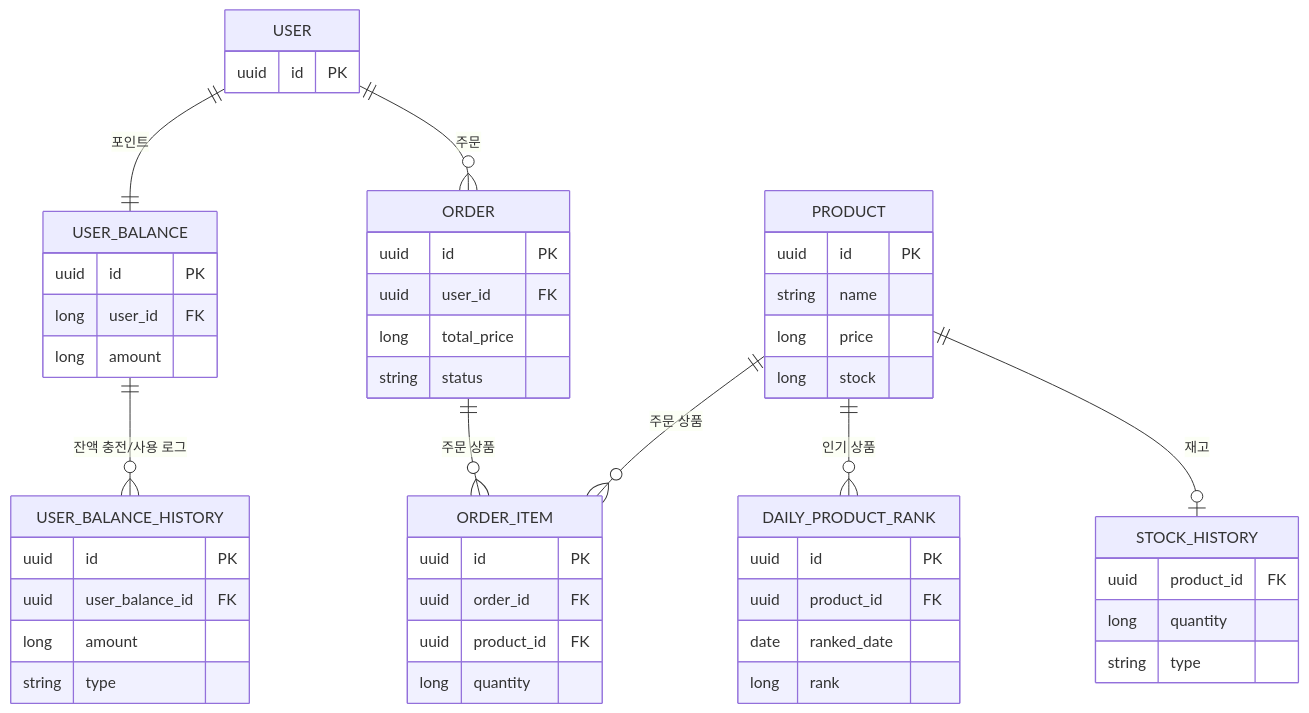
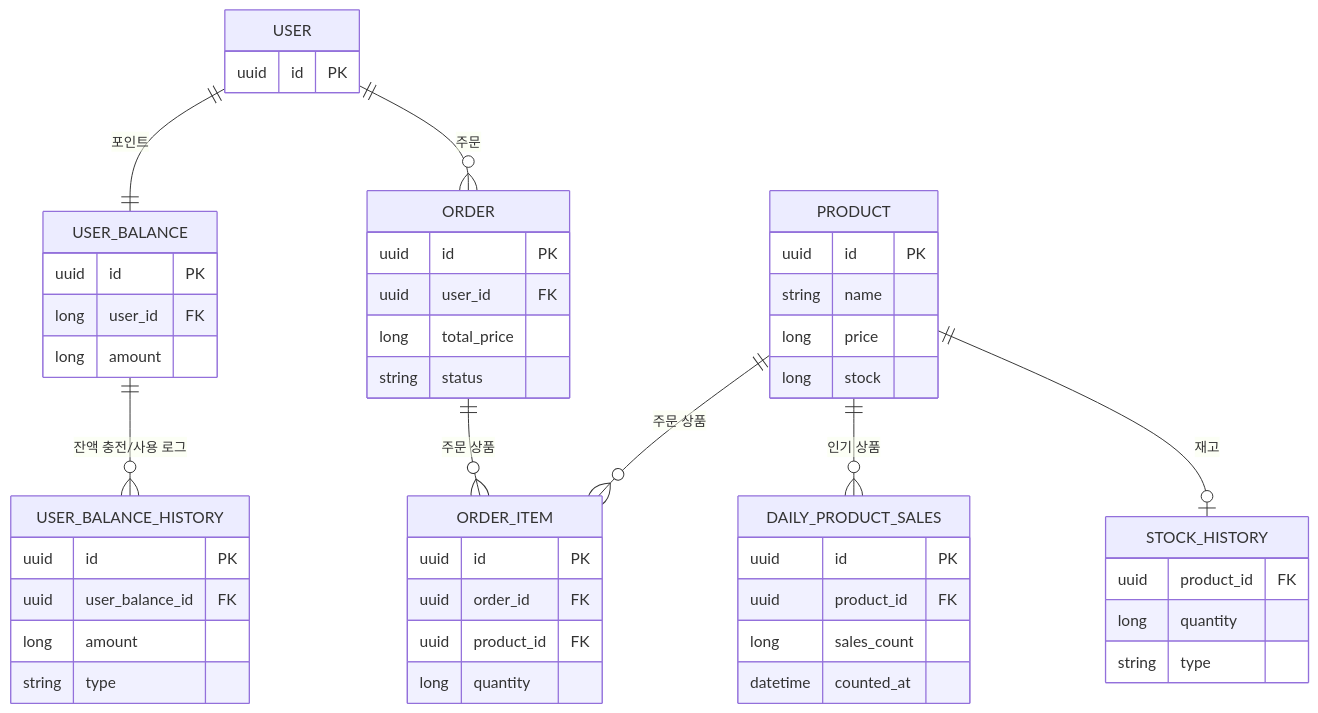
One commit to newbieJanghan/hh_plus_server changed the second of 2 diagrams in README.md. Above: the diagram before and after it, drawn with Mermaid. The commit also changed other lines of this file and 3 other files, not shown here.

Commit message:
Docs: Sequence flow chart

````diff
--- a/README.md
+++ b/README.md
@@ -303,53 +63,53 @@
 ```mermaid
 erDiagram
     USER {
         uuid id PK
     }
     USER_BALANCE {
         uuid id PK
         long user_id FK
         long amount
     }
     USER_BALANCE_HISTORY {
         uuid id PK
         uuid user_balance_id FK
         long amount
         string type
     }
     PRODUCT {
         uuid id PK
         string name
         long price
         long stock
     }
     STOCK_HISTORY {
         uuid product_id FK
         long quantity
         string type
     }
     ORDER {
         uuid id PK
         uuid user_id FK
         long total_price
         string status
     }
     ORDER_ITEM {
         uuid id PK
         uuid order_id FK
         uuid product_id FK
         long quantity
     }
-    DAILY_PRODUCT_RANK {
+    DAILY_PRODUCT_SALES {
         uuid id PK
         uuid product_id FK
-        date ranked_date
-        long rank
+        long sales_count
+        datetime counted_at
     }
     USER ||--|| USER_BALANCE: "포인트"
     USER_BALANCE ||--o{ USER_BALANCE_HISTORY: "잔액 충전/사용 로그"
     USER ||--o{ ORDER: "주문"
     ORDER ||--o{ ORDER_ITEM: "주문 상품"
-    PRODUCT ||--o{ DAILY_PRODUCT_RANK: "인기 상품"
+    PRODUCT ||--o{ DAILY_PRODUCT_SALES: "인기 상품"
     PRODUCT ||--o{ ORDER_ITEM: "주문 상품"
     PRODUCT ||--o| STOCK_HISTORY: "재고"
 ```
````
